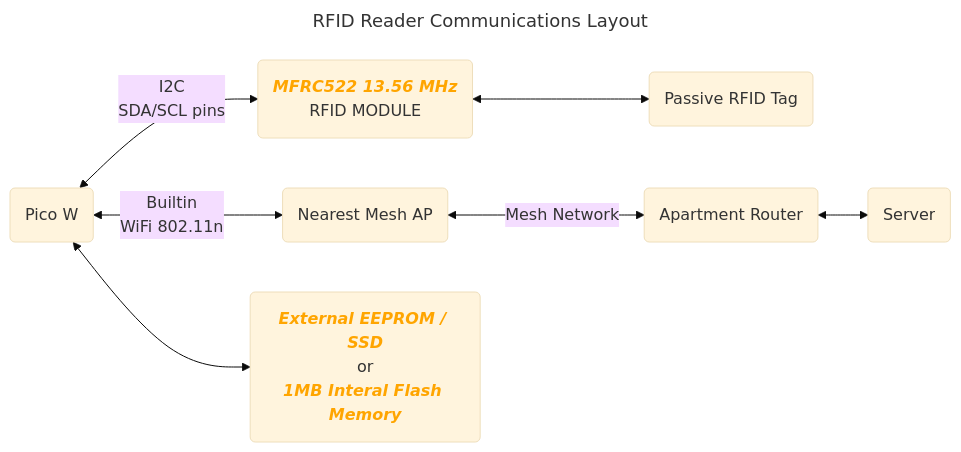
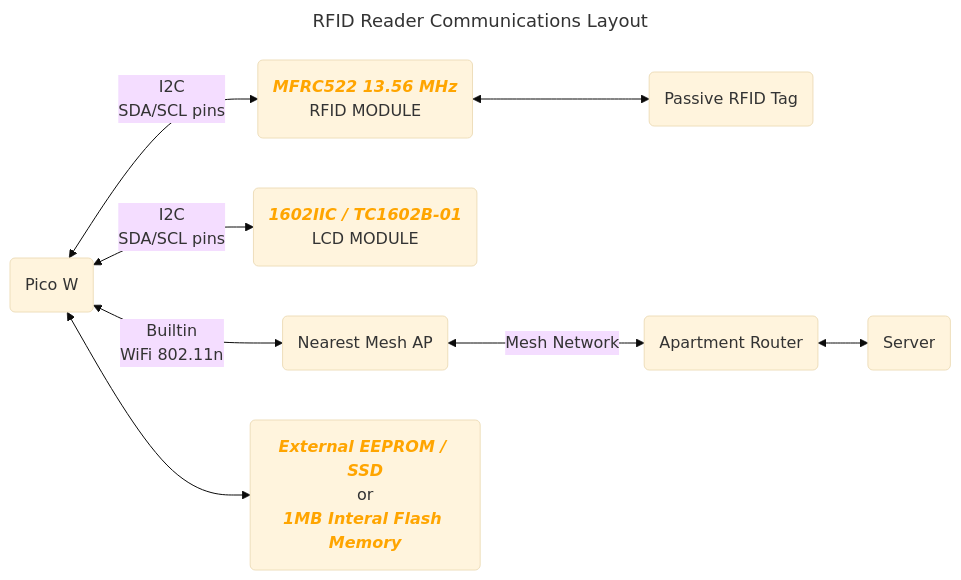
Before and after one commit to Rackhamn/iot_arch_project1: the fourth of 5 diagrams in README.md, drawn with Mermaid (base theme).

Commit message:
Added LCD module to RFID Comm Layout

````diff
--- a/README.md
+++ b/README.md
@@ -162,13 +162,14 @@
 ```mermaid
 ---
 title: RFID Reader Communications Layout
 ---
 graph LR
     PICO("Pico W") <-- I2C<br/>SDA/SCL pins --> RFID_MODULE("<b style="color: orange;"><i>MFRC522 13.56 MHz</i></b><br/>RFID MODULE")
+    PICO <-- I2C<br/>SDA/SCL pins --> LCD_MODULE("<b style="color: orange;"><i>1602IIC / TC1602B-01</i></b><br/>LCD MODULE")
     RFID_MODULE <--> RFID_PTAG(Passive RFID Tag)
     PICO <-- Builtin<br/>WiFi 802.11n --> MESH_AP(Nearest Mesh AP)
     MESH_AP <-- Mesh Network --> ROUTER(Apartment Router)
     ROUTER <--> Server(Server)
     PICO <--> EEPROM("<b style="color: orange;"><i>External EEPROM / SSD</i></b><br/>or<br/><b style="color: orange;"><i>1MB Interal Flash Memory</i></b><br/>")
   %% <p style="color: orange;"><b><i>Redis</i></b></p>
 ```
````
